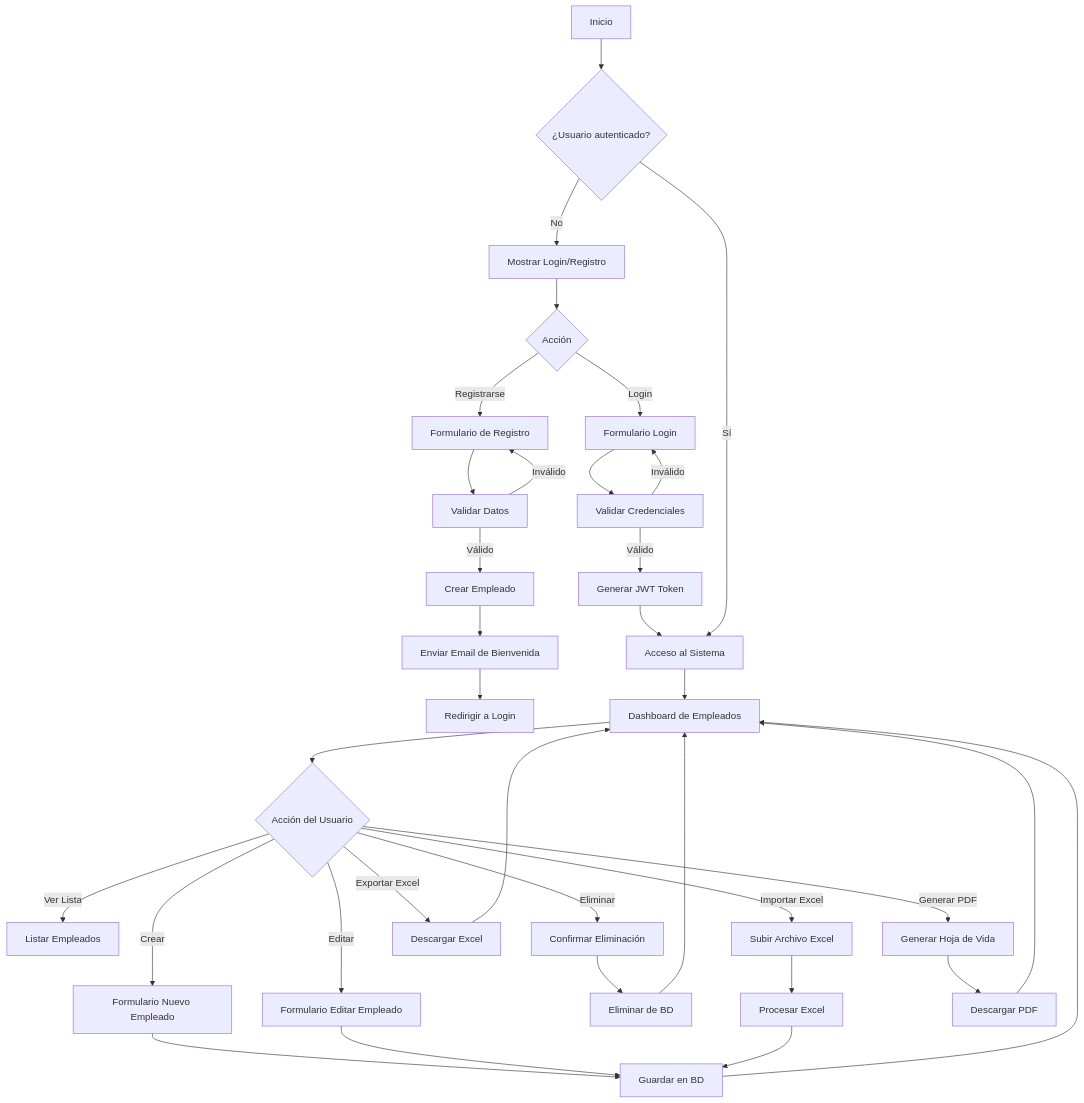
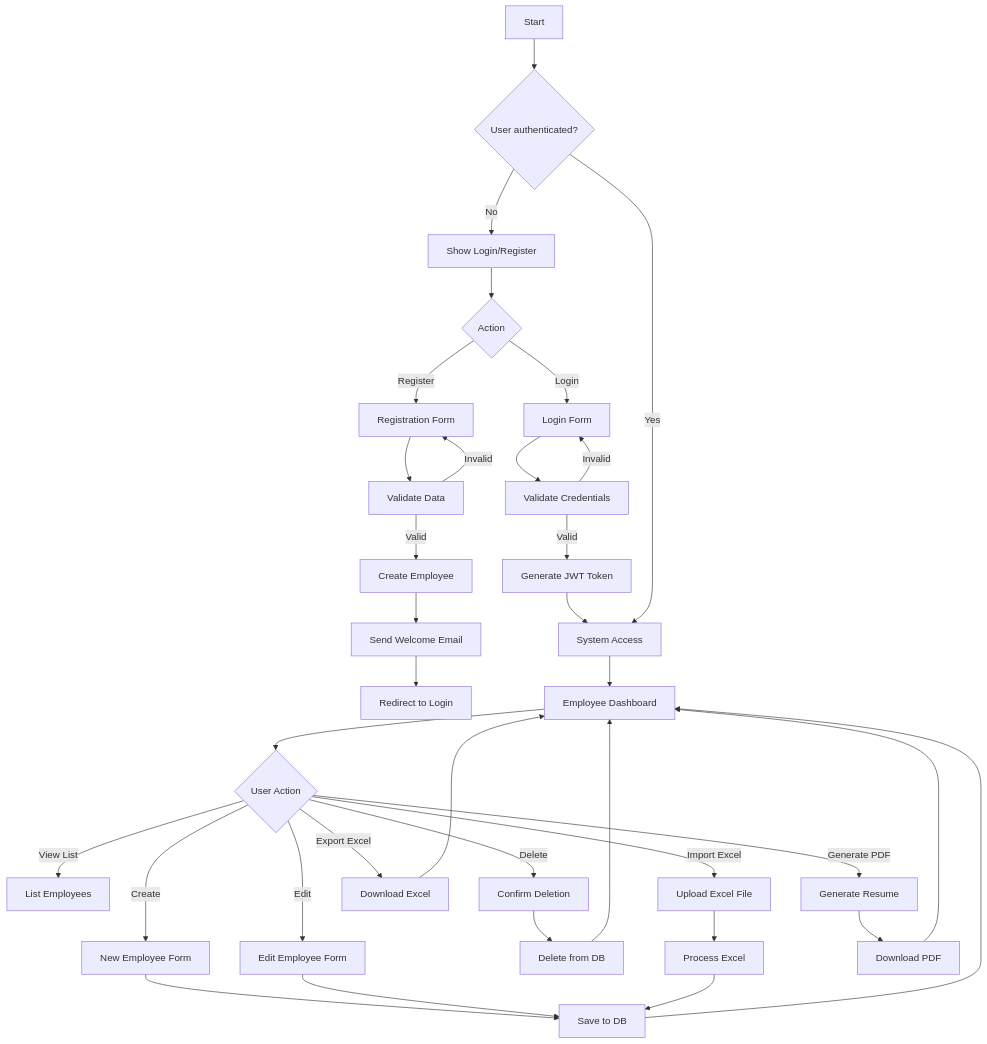
One commit to JuanDavidBarr/TalentoPlus changed the third of 4 diagrams in README.md. Above: the diagram before and after it, drawn with Mermaid. The commit also changed other lines of this file, not shown here.

````diff
--- a/README.md
+++ b/README.md
@@ -103,42 +101,42 @@
 ```mermaid
 flowchart TD
-    A[Inicio] --> B{¿Usuario autenticado?}
-    B -->|No| C[Mostrar Login/Registro]
-    C --> D{Acción}
-    D -->|Registrarse| E[Formulario de Registro]
-    E --> F[Validar Datos]
-    F -->|Válido| G[Crear Empleado]
-    G --> H[Enviar Email de Bienvenida]
-    H --> I[Redirigir a Login]
-    F -->|Inválido| E
+    A[Start] --> B{User authenticated?}
+    B -->|No| C[Show Login/Register]
+    C --> D{Action}
+    D -->|Register| E[Registration Form]
+    E --> F[Validate Data]
+    F -->|Valid| G[Create Employee]
+    G --> H[Send Welcome Email]
+    H --> I[Redirect to Login]
+    F -->|Invalid| E
     
-    D -->|Login| J[Formulario Login]
-    J --> K[Validar Credenciales]
-    K -->|Válido| L[Generar JWT Token]
-    L --> M[Acceso al Sistema]
-    K -->|Inválido| J
+    D -->|Login| J[Login Form]
+    J --> K[Validate Credentials]
+    K -->|Valid| L[Generate JWT Token]
+    L --> M[System Access]
+    K -->|Invalid| J
     
-    B -->|Sí| M
-    M --> N[Dashboard de Empleados]
+    B -->|Yes| M
+    M --> N[Employee Dashboard]
     
-    N --> O{Acción del Usuario}
-    O -->|Ver Lista| P[Listar Empleados]
-    O -->|Crear| Q[Formulario Nuevo Empleado]
-    O -->|Editar| R[Formulario Editar Empleado]
-    O -->|Eliminar| S[Confirmar Eliminación]
-    O -->|Importar Excel| T[Subir Archivo Excel]
-    O -->|Exportar Excel| U[Descargar Excel]
-    O -->|Generar PDF| V[Generar Hoja de Vida]
+    N --> O{User Action}
+    O -->|View List| P[List Employees]
+    O -->|Create| Q[New Employee Form]
+    O -->|Edit| R[Edit Employee Form]
+    O -->|Delete| S[Confirm Deletion]
+    O -->|Import Excel| T[Upload Excel File]
+    O -->|Export Excel| U[Download Excel]
+    O -->|Generate PDF| V[Generate Resume]
     
-    Q --> W[Guardar en BD]
+    Q --> W[Save to DB]
     R --> W
-    S --> X[Eliminar de BD]
-    T --> Y[Procesar Excel]
+    S --> X[Delete from DB]
+    T --> Y[Process Excel]
     Y --> W
     
     W --> N
     X --> N
     U --> N
-    V --> Z[Descargar PDF]
+    V --> Z[Download PDF]
     Z --> N
 ```
````
